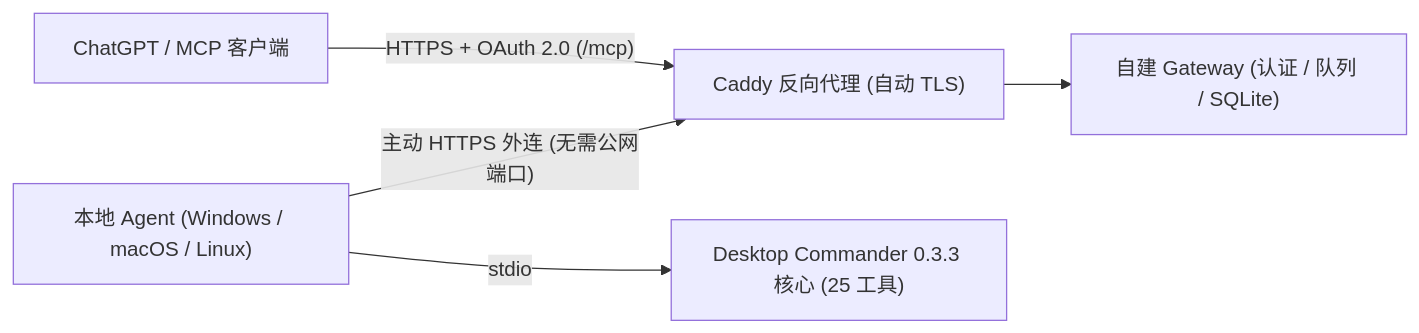
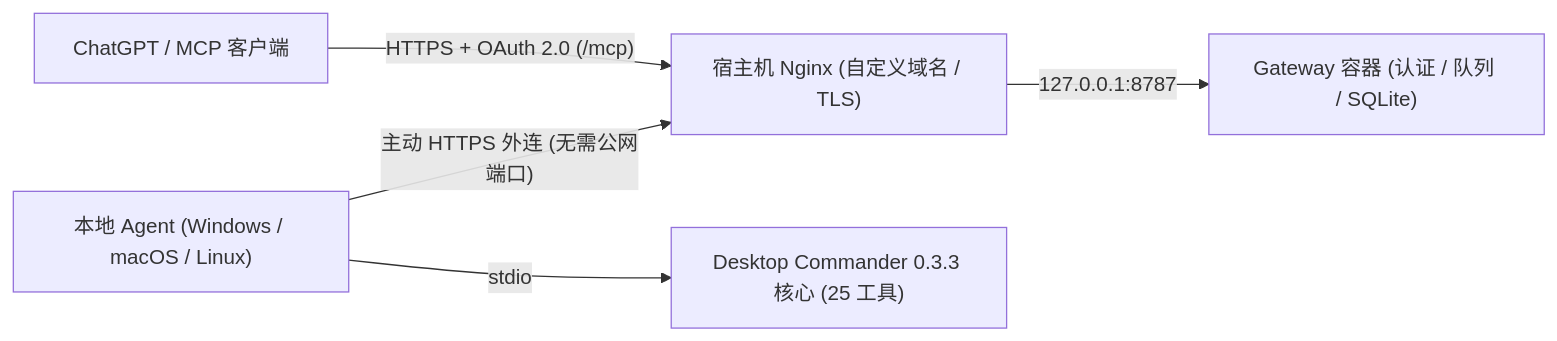
One commit to 91270/Remote.Command changed the diagram in README.md. Above: the diagram before and after it, drawn with Mermaid. The commit also changed other lines of this file and 9 other files, not shown here.

````diff
--- a/README.md
+++ b/README.md
@@ -20,7 +20,7 @@
 ```mermaid
 flowchart LR
-  C["ChatGPT / MCP 客户端"] -- "HTTPS + OAuth 2.0 (/mcp)" --> P["Caddy 反向代理 (自动 TLS)"]
-  P --> G["自建 Gateway (认证 / 队列 / SQLite)"]
+  C["ChatGPT / MCP 客户端"] -- "HTTPS + OAuth 2.0 (/mcp)" --> P["宿主机 Nginx (自定义域名 / TLS)"]
+  P -- "127.0.0.1:8787" --> G["Gateway 容器 (认证 / 队列 / SQLite)"]
   A["本地 Agent (Windows / macOS / Linux)"] -- "主动 HTTPS 外连 (无需公网端口)" --> P
   A -- "stdio" --> D["Desktop Commander 0.3.3 核心 (25 工具)"]
 ```
````
